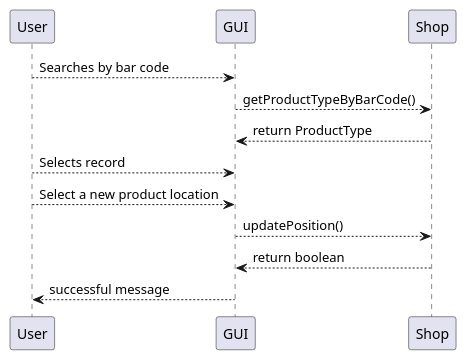
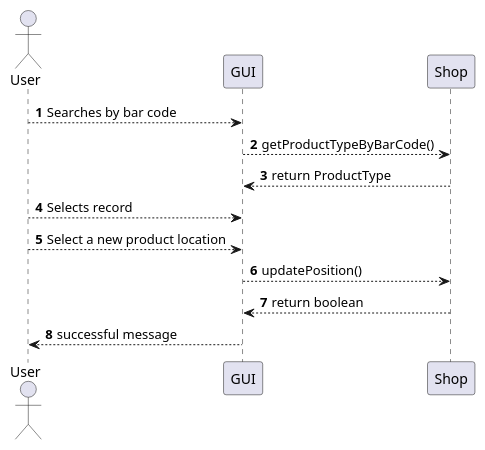
One commit to Stormz4/group20-EzShop changed the fifth of 23 diagrams in Deliverables/DesignDocument.md. Above: the diagram before and after it, drawn with PlantUML. The commit also changed other lines of this file, not shown here.

Commit message:
Doc: User setted as actor in sequence diagrams.

````diff
--- a/Deliverables/DesignDocument.md
+++ b/Deliverables/DesignDocument.md
@@ -338,13 +338,15 @@
 ```plantuml
 @startuml
+Actor User
+autonumber
 User --> GUI: Searches by bar code
 GUI --> Shop: getProductTypeByBarCode()
 Shop --> GUI: return ProductType
 
 User --> GUI: Selects record
 User --> GUI: Select a new product location
 GUI --> Shop: updatePosition()
 Shop --> GUI : return boolean
 GUI --> User : successful message
 @enduml
 ```
````
